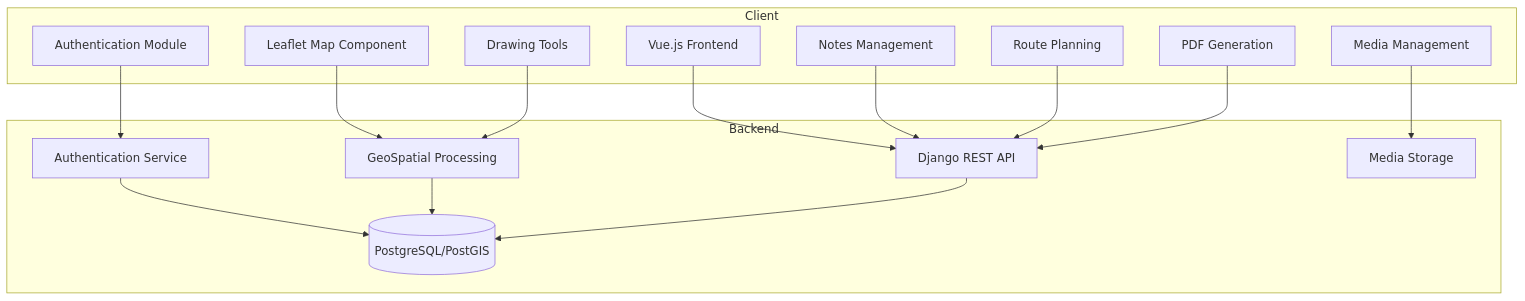
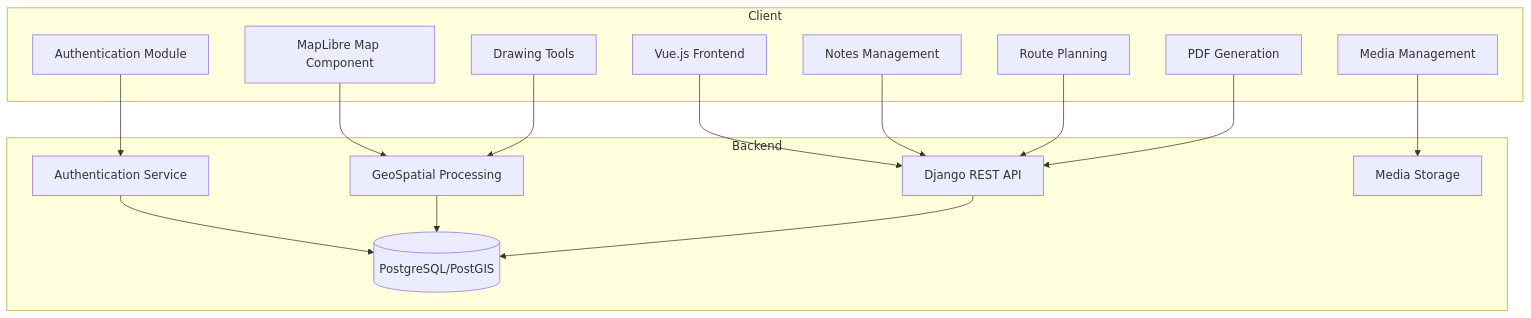
One commit to eldertek/tagmap changed the first of 4 diagrams in docs/architecture.md. Above: the diagram before and after it, drawn with Mermaid. The commit also changed other lines of this file and 8 other files, not shown here.

````diff
--- a/docs/architecture.md
+++ b/docs/architecture.md
@@ -7,33 +7,33 @@
 ```mermaid
 flowchart TD
     subgraph Client
         FE[Vue.js Frontend]
-        Map[Leaflet Map Component]
+        Map[MapLibre Map Component]
         Auth[Authentication Module]
         Notes[Notes Management]
         Drawing[Drawing Tools]
         Media[Media Management]
         Routes[Route Planning]
         PDF[PDF Generation]
     end
 
     subgraph Backend
         API[Django REST API]
         GIS[GeoSpatial Processing]
         Auth_BE[Authentication Service]
         DB[(PostgreSQL/PostGIS)]
         Media_Store[Media Storage]
     end
 
     FE --> API
     Map --> GIS
     Auth --> Auth_BE
     Auth_BE --> DB
     Notes --> API
     Drawing --> GIS
     GIS --> DB
     Media --> Media_Store
     Routes --> API
     PDF --> API
     API --> DB
 ```
````
